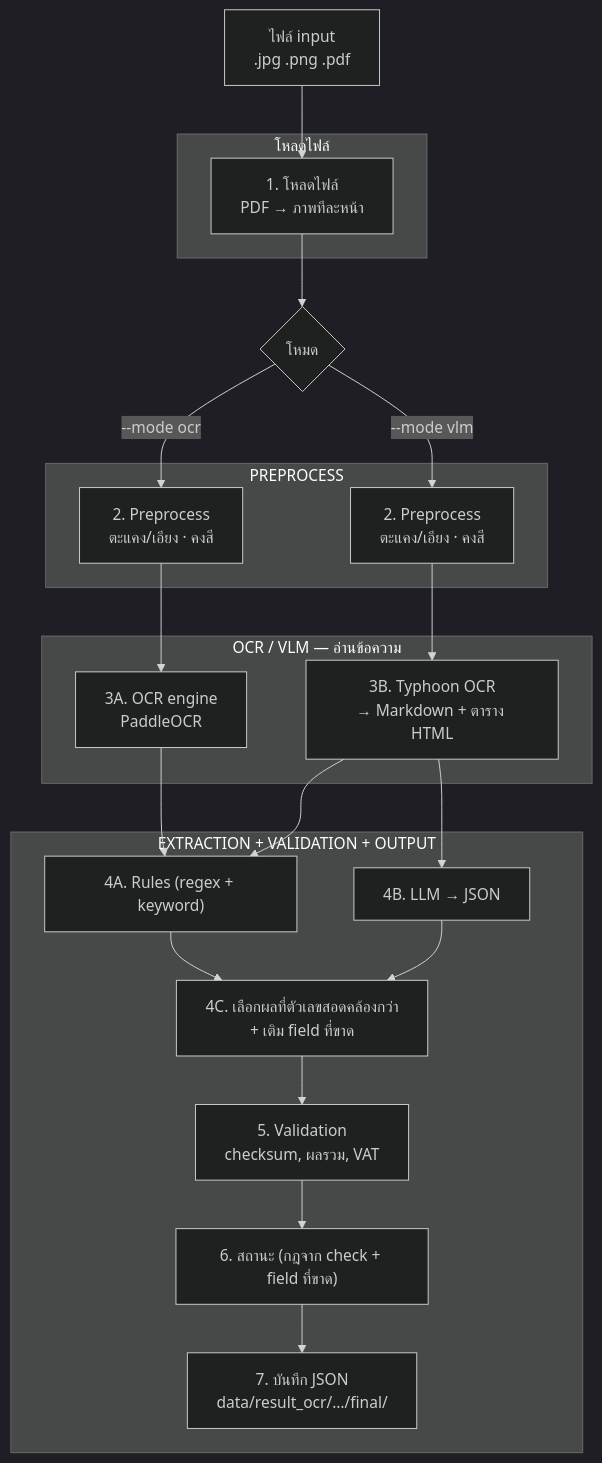
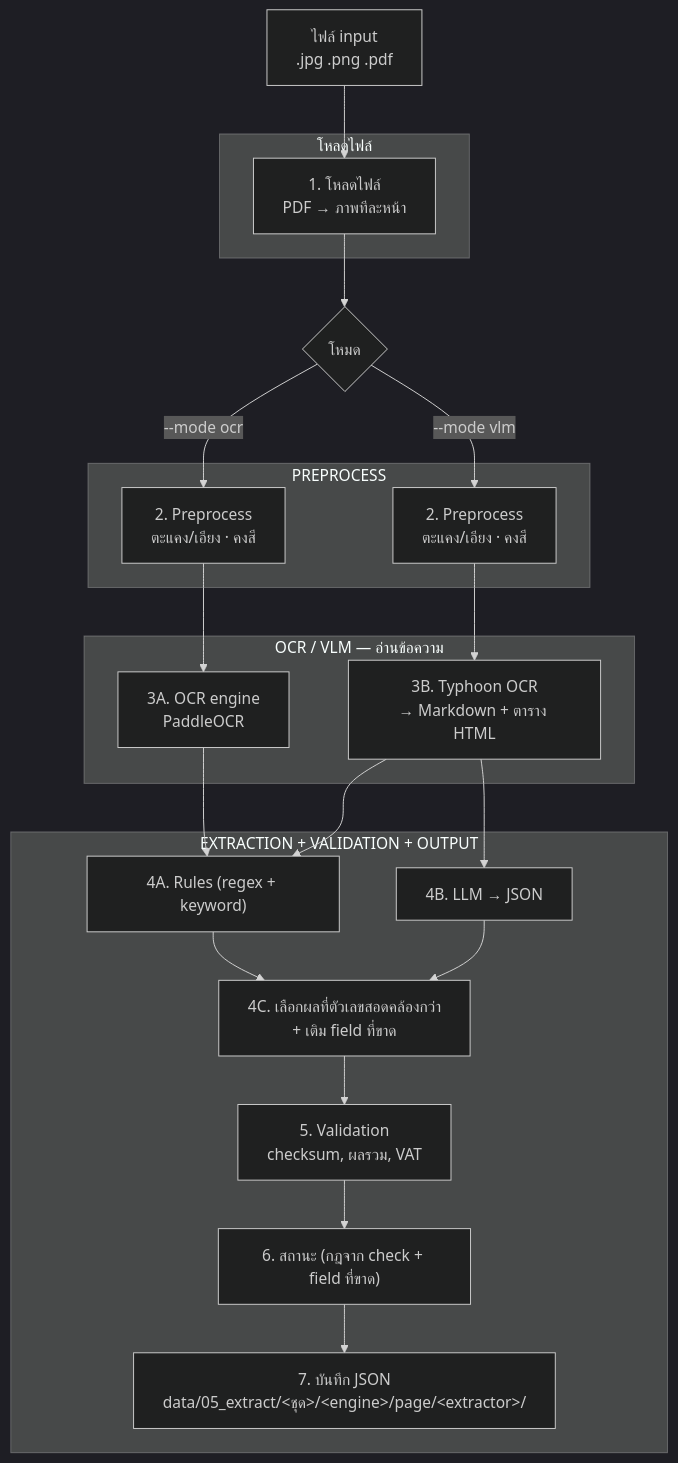
One commit to Pikcolo/fin-extractor changed the second of 2 diagrams in docs/README.md. Above: the diagram before and after it, drawn with Mermaid (dark theme). The commit also changed other lines of this file and 12 other files, not shown here.

First line of the commit message:
Docs: describe the step-numbered layout, the `sections` command and the main-flow diagram

````diff
--- a/docs/README.md
+++ b/docs/README.md
@@ -58,37 +58,37 @@
 ```mermaid
 flowchart TD
     A["ไฟล์ input<br/>.jpg .png .pdf"] --> B
 
     subgraph LOAD["โหลดไฟล์"]
         B["1. โหลดไฟล์<br/>PDF → ภาพทีละหน้า"]
     end
 
     B --> C{"โหมด"}
 
     subgraph PRE["PREPROCESS"]
         D1["2. Preprocess<br/>ตะแคง/เอียง · คงสี"]
         D2["2. Preprocess<br/>ตะแคง/เอียง · คงสี"]
     end
 
     subgraph OCR["OCR / VLM — อ่านข้อความ"]
         E1["3A. OCR engine<br/>PaddleOCR"]
         E2["3B. Typhoon OCR<br/>→ Markdown + ตาราง HTML"]
     end
 
     subgraph EXT["EXTRACTION + VALIDATION + OUTPUT"]
         F["4A. Rules (regex + keyword)"]
         G["4B. LLM → JSON"]
         H["4C. เลือกผลที่ตัวเลขสอดคล้องกว่า<br/>+ เติม field ที่ขาด"]
         I["5. Validation<br/>checksum, ผลรวม, VAT"]
         J["6. สถานะ (กฎจาก check + field ที่ขาด)"]
-        K["7. บันทึก JSON<br/>data/result_ocr/…/final/"]
+        K["7. บันทึก JSON<br/>data/05_extract/&lt;ชุด&gt;/&lt;engine&gt;/page/&lt;extractor&gt;/"]
     end
 
     C -- "--mode ocr" --> D1 --> E1 --> F
     C -- "--mode vlm" --> D2 --> E2
     E2 --> F
     E2 --> G
     F --> H
     G --> H
     H --> I --> J --> K
 ```
````
